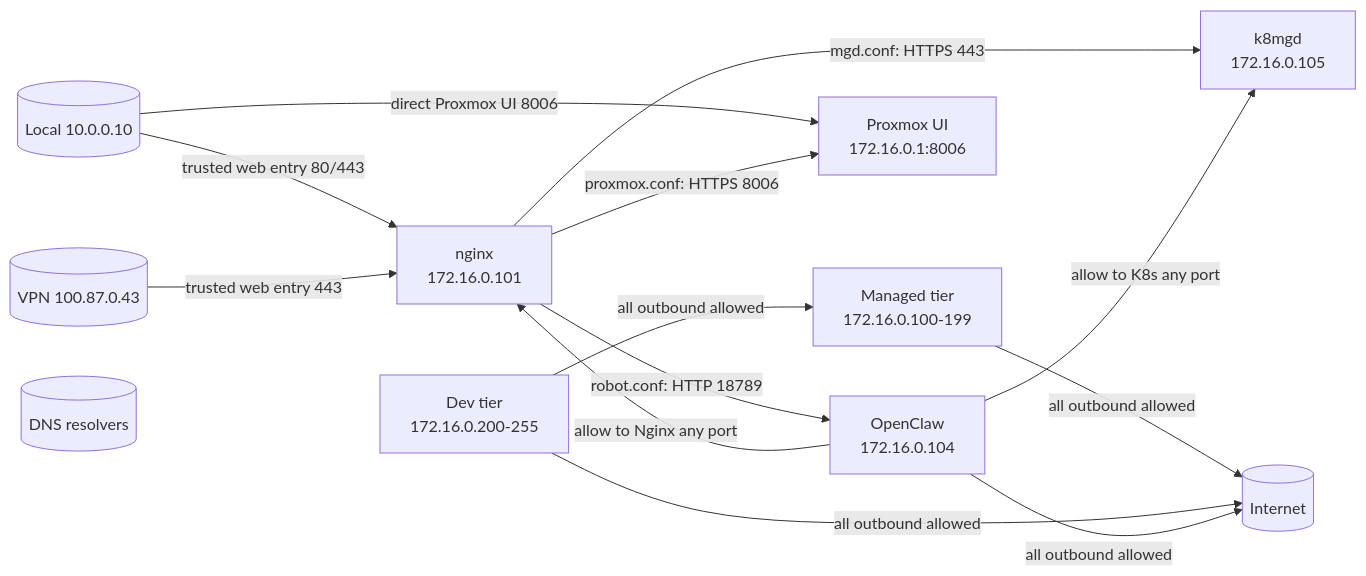
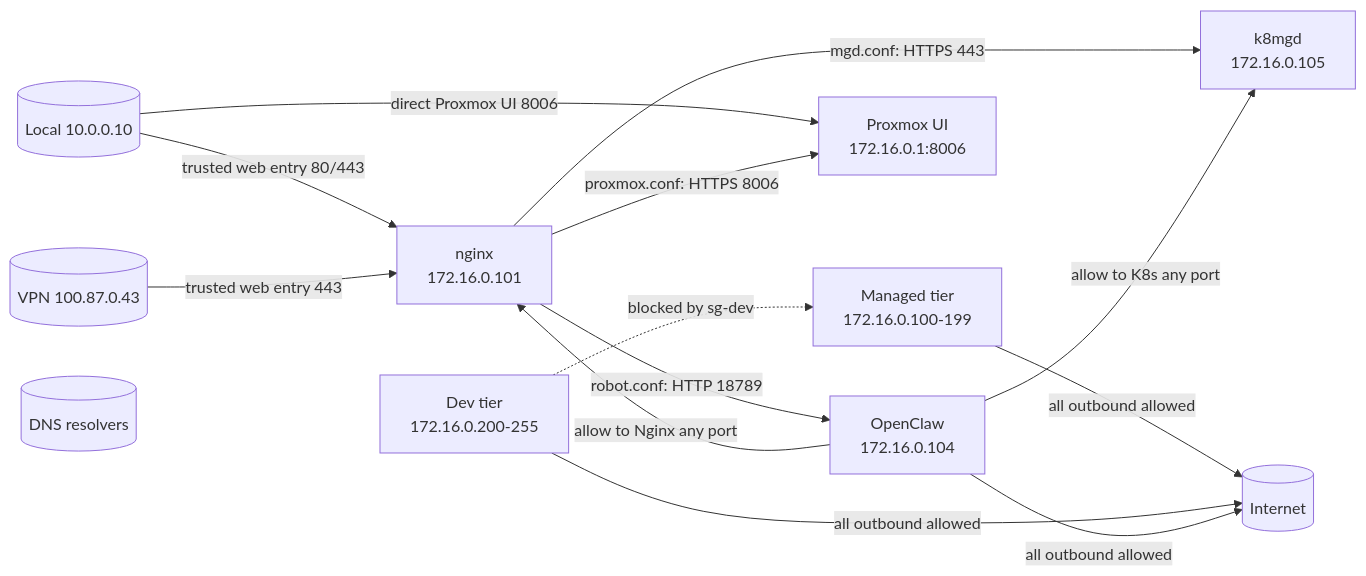
One commit to nirmalhk7/operationscenter changed the diagram in infrastructure/terra/proxmox/README.md. Above: the diagram before and after it, drawn with Mermaid. The commit also changed other lines of this file and 6 other files, not shown here.

````diff
--- a/infrastructure/terra/proxmox/README.md
+++ b/infrastructure/terra/proxmox/README.md
@@ -9,29 +9,29 @@
 ```mermaid
 flowchart LR
   Local[(Local 10.0.0.10)]
   VPN[(VPN 100.87.0.43)]
   DNS[(DNS resolvers)]
   Internet[(Internet)]
   Nginx["nginx<br/>172.16.0.101"]
   K8s["k8mgd<br/>172.16.0.105"]
   OpenClaw["OpenClaw<br/>172.16.0.104"]
   ProxmoxUI["Proxmox UI<br/>172.16.0.1:8006"]
   ManagedNet["Managed tier<br/>172.16.0.100-199"]
   DevNet["Dev tier<br/>172.16.0.200-255"]
 
   Local -->|direct Proxmox UI 8006| ProxmoxUI
   Local -->|trusted web entry 80/443| Nginx
   VPN -->|trusted web entry 443| Nginx
 
   Nginx -->|mgd.conf: HTTPS 443| K8s
   Nginx -->|proxmox.conf: HTTPS 8006| ProxmoxUI
   Nginx -->|robot.conf: HTTP 18789| OpenClaw
 
   ManagedNet -->|all outbound allowed| Internet
   DevNet -->|all outbound allowed| Internet
-  DevNet -->|all outbound allowed| ManagedNet
+  DevNet -.->|blocked by sg-dev| ManagedNet
 
   OpenClaw -->|allow to Nginx any port| Nginx
   OpenClaw -->|allow to K8s any port| K8s
   OpenClaw -->|all outbound allowed| Internet
 ```
````
